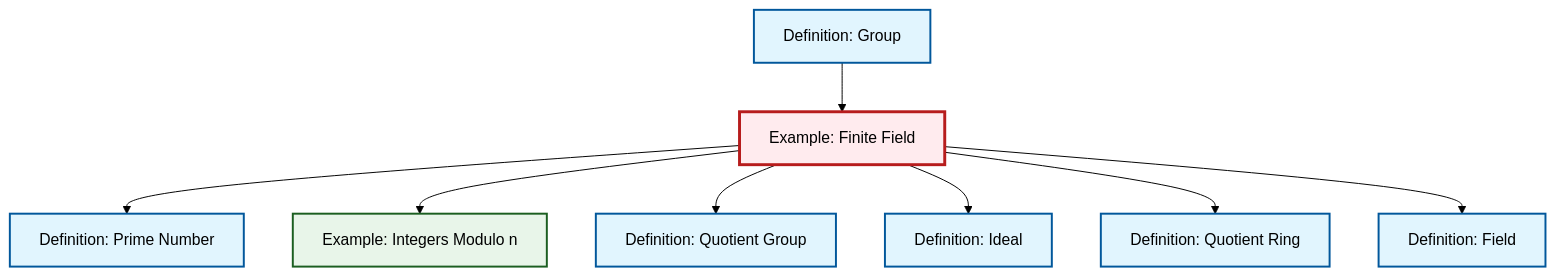
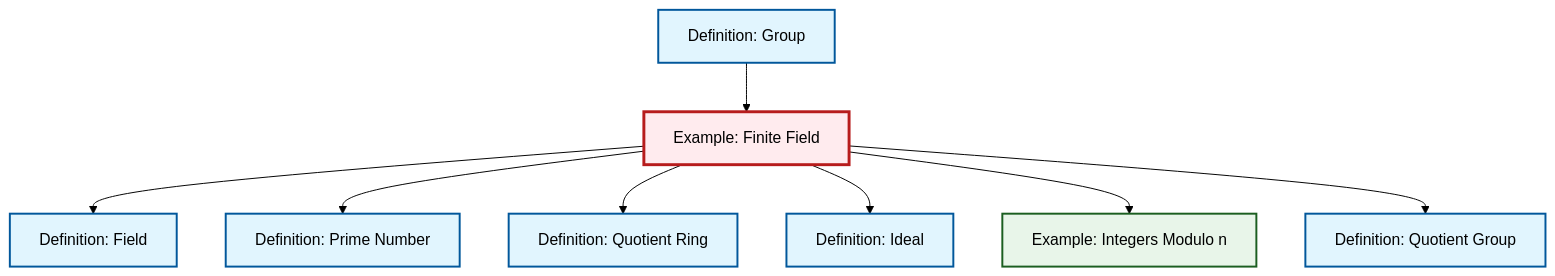
Before and after one commit to RK0429/ModernMath: the diagram in content/en/algebra/ex-finite-field.qmd, drawn with Mermaid (forest theme). The commit also changed other lines of this file and 654 other files, not shown here.

First line of the commit message:
fix: Update cross-references to equivalence relation in quotient ring definitions

````diff
--- a/content/en/algebra/ex-finite-field.qmd
+++ b/content/en/algebra/ex-finite-field.qmd
@@ -66,32 +66,32 @@
 ```{mermaid}
 %%| fig-cap: "Local dependency graph"
 graph TD
     classDef definition fill:#e1f5fe,stroke:#01579b,stroke-width:2px
     classDef theorem fill:#f3e5f5,stroke:#4a148c,stroke-width:2px
     classDef axiom fill:#fff3e0,stroke:#e65100,stroke-width:2px
     classDef example fill:#e8f5e9,stroke:#1b5e20,stroke-width:2px
     classDef current fill:#ffebee,stroke:#b71c1c,stroke-width:3px
+    def-quotient-ring["Definition: Quotient Ring"]:::definition
+    def-field["Definition: Field"]:::definition
     def-group["Definition: Group"]:::definition
-    def-quotient-ring["Definition: Quotient Ring"]:::definition
     def-quotient-group["Definition: Quotient Group"]:::definition
+    def-ideal["Definition: Ideal"]:::definition
+    ex-finite-field["Example: Finite Field"]:::example
+    def-prime["Definition: Prime Number"]:::definition
     ex-quotient-integers-mod-n["Example: Integers Modulo n"]:::example
-    ex-finite-field["Example: Finite Field"]:::example
-    def-field["Definition: Field"]:::definition
-    def-prime["Definition: Prime Number"]:::definition
-    def-ideal["Definition: Ideal"]:::definition
-    def-group --> ex-finite-field
+    ex-finite-field --> def-field
     ex-finite-field --> def-prime
+    ex-finite-field --> def-quotient-ring
+    ex-finite-field --> def-ideal
     ex-finite-field --> ex-quotient-integers-mod-n
     ex-finite-field --> def-quotient-group
-    ex-finite-field --> def-ideal
-    ex-finite-field --> def-quotient-ring
-    ex-finite-field --> def-field
+    def-group --> ex-finite-field
     class ex-finite-field current
+    click def-quotient-ring "def-quotient-ring.html" "Go to Quotient Ring definition"
+    click def-field "def-field.html" "Go to Field definition"
     click def-group "def-group.html" "Go to Group definition"
-    click def-quotient-ring "def-quotient-ring.html" "Go to Quotient Ring definition"
     click def-quotient-group "def-quotient-group.html" "Go to Quotient Group definition"
+    click def-ideal "def-ideal.html" "Go to Ideal definition"
+    click def-prime "def-prime.html" "Go to Prime Number definition"
     click ex-quotient-integers-mod-n "ex-quotient-integers-mod-n.html" "Go to Integers Modulo n example"
-    click def-field "def-field.html" "Go to Field definition"
-    click def-prime "def-prime.html" "Go to Prime Number definition"
-    click def-ideal "def-ideal.html" "Go to Ideal definition"
 ```
````
